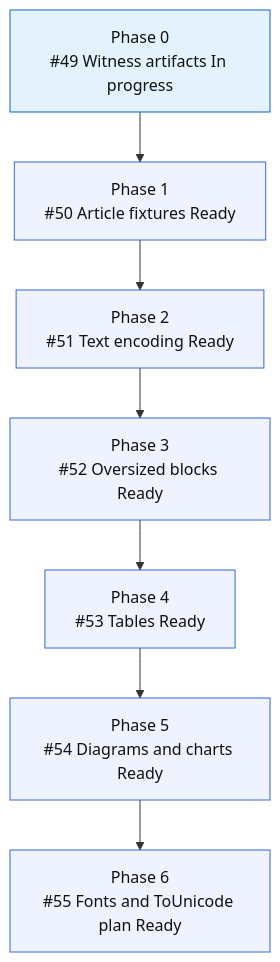
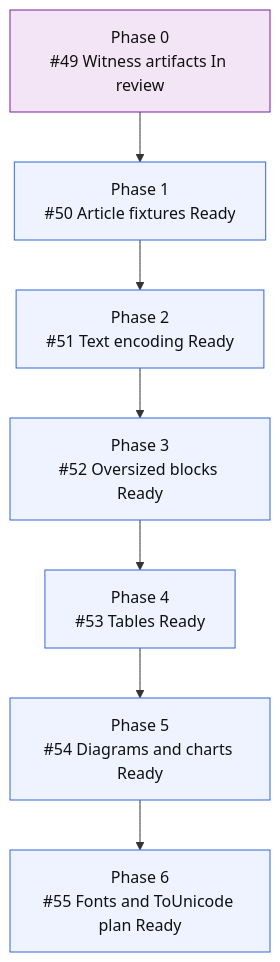
One commit to mihaelamj/MarkdownPDF changed the second of 2 diagrams in README.md. Above: the diagram before and after it, drawn with Mermaid.

Commit message:
docs(roadmap): mark witness artifacts in review

````diff
--- a/README.md
+++ b/README.md
@@ -212,20 +212,20 @@
 ```mermaid
 flowchart TD
-    F0["Phase 0<br/>#49 Witness artifacts In progress"]
+    F0["Phase 0<br/>#49 Witness artifacts In review"]
     F1["Phase 1<br/>#50 Article fixtures Ready"]
     F2["Phase 2<br/>#51 Text encoding Ready"]
     F3["Phase 3<br/>#52 Oversized blocks Ready"]
     F4["Phase 4<br/>#53 Tables Ready"]
     F5["Phase 5<br/>#54 Diagrams and charts Ready"]
     F6["Phase 6<br/>#55 Fonts and ToUnicode plan Ready"]
 
     F0 --> F1 --> F2 --> F3 --> F4 --> F5 --> F6
 
     classDef done fill:#e8f5e9,stroke:#2e7d32,color:#111;
     classDef active fill:#e3f2fd,stroke:#1565c0,color:#111;
     classDef review fill:#f3e5f5,stroke:#7b1fa2,color:#111;
     classDef next fill:#fff8e1,stroke:#f9a825,color:#111;
     classDef todo fill:#eef3ff,stroke:#3367d6,color:#111;
-    class F0 active;
+    class F0 review;
     class F1,F2,F3,F4,F5,F6 todo;
 ```
````
